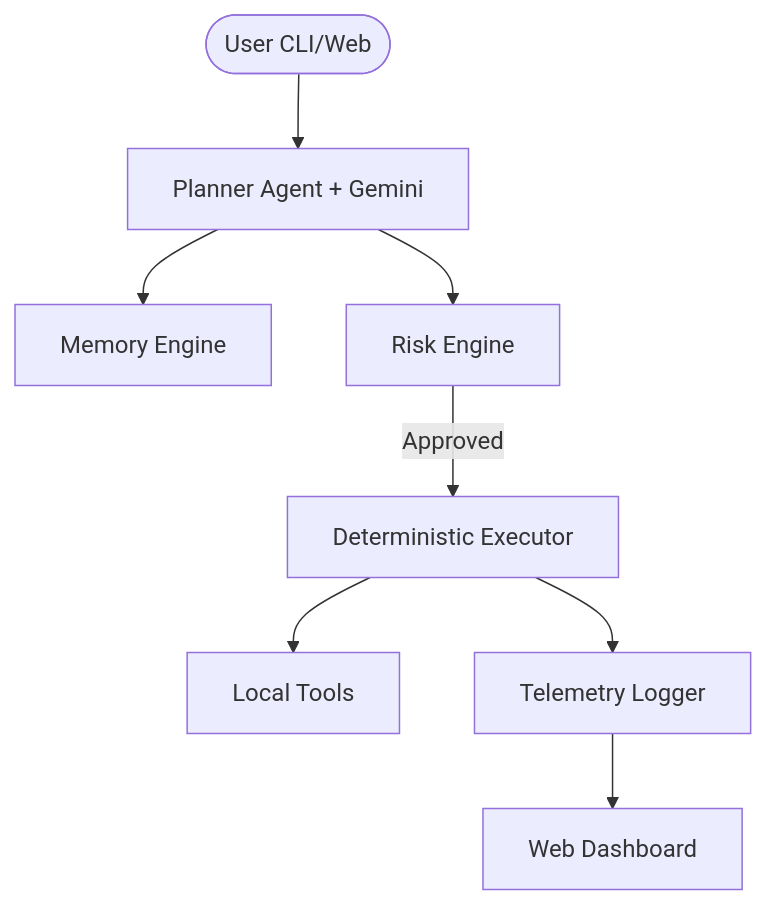
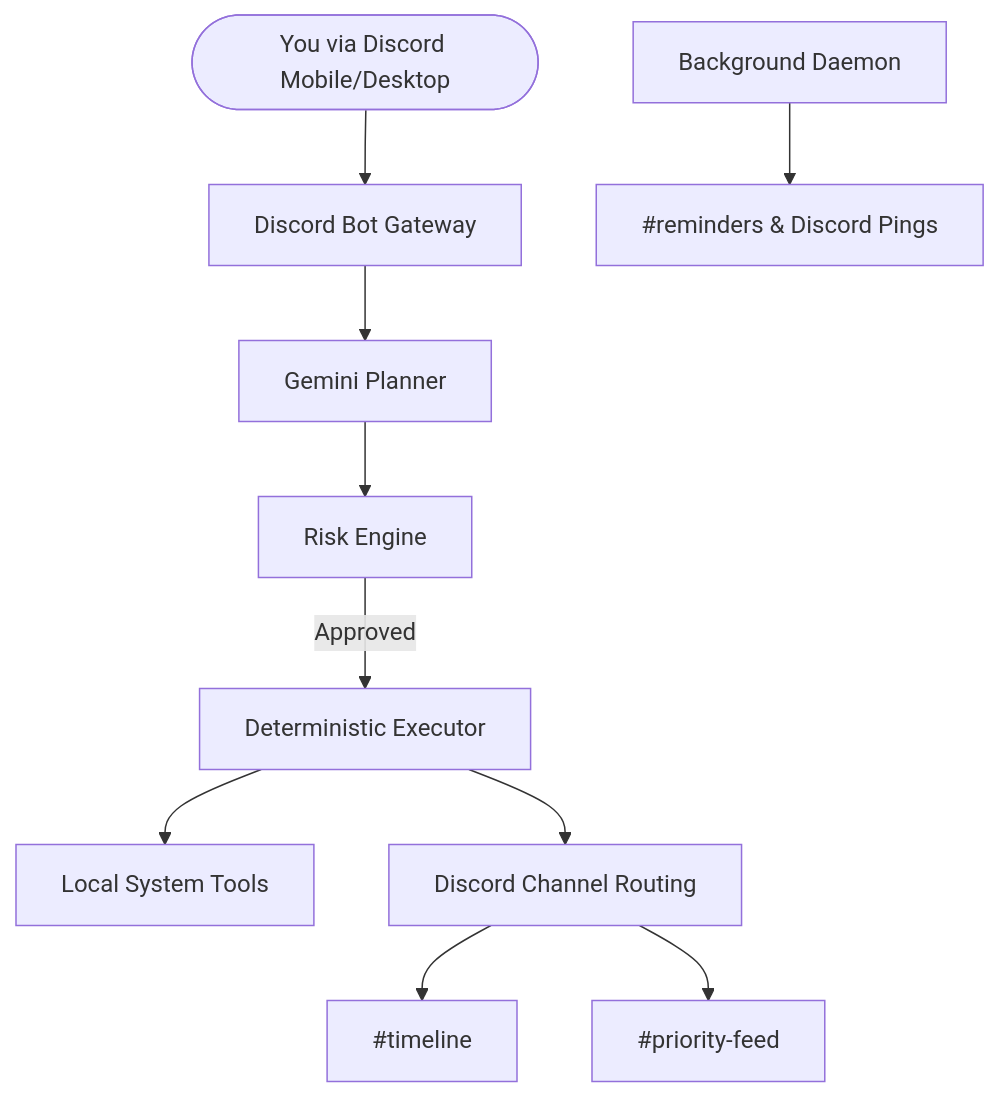
Before and after one commit to STiFLeR7/personal-agent-os: the diagram in README.md, drawn with Mermaid. The commit also changed other lines of this file and 13 other files, not shown here.

````diff
--- a/README.md
+++ b/README.md
@@ -18,10 +16,14 @@
 ```mermaid
 graph TD
-    User([User CLI/Web]) --> Planner[Planner Agent + Gemini]
-    Planner --> Context[Memory Engine]
+    User([You via Discord Mobile/Desktop]) --> DiscordBot[Discord Bot Gateway]
+    DiscordBot --> Planner[Gemini Planner]
     Planner --> Risk[Risk Engine]
     Risk -- Approved --> Executor[Deterministic Executor]
-    Executor --> Tools[Local Tools]
-    Executor --> Telemetry[Telemetry Logger]
-    Telemetry --> Dashboard[Web Dashboard]
+    Executor --> Tools[Local System Tools]
+    Executor --> Channels[Discord Channel Routing]
+    
+    Channels --> Timeline[#timeline]
+    Channels --> Alerts[#priority-feed]
+    
+    Daemon[Background Daemon] --> Reminders[#reminders & Discord Pings]
 ```
````
